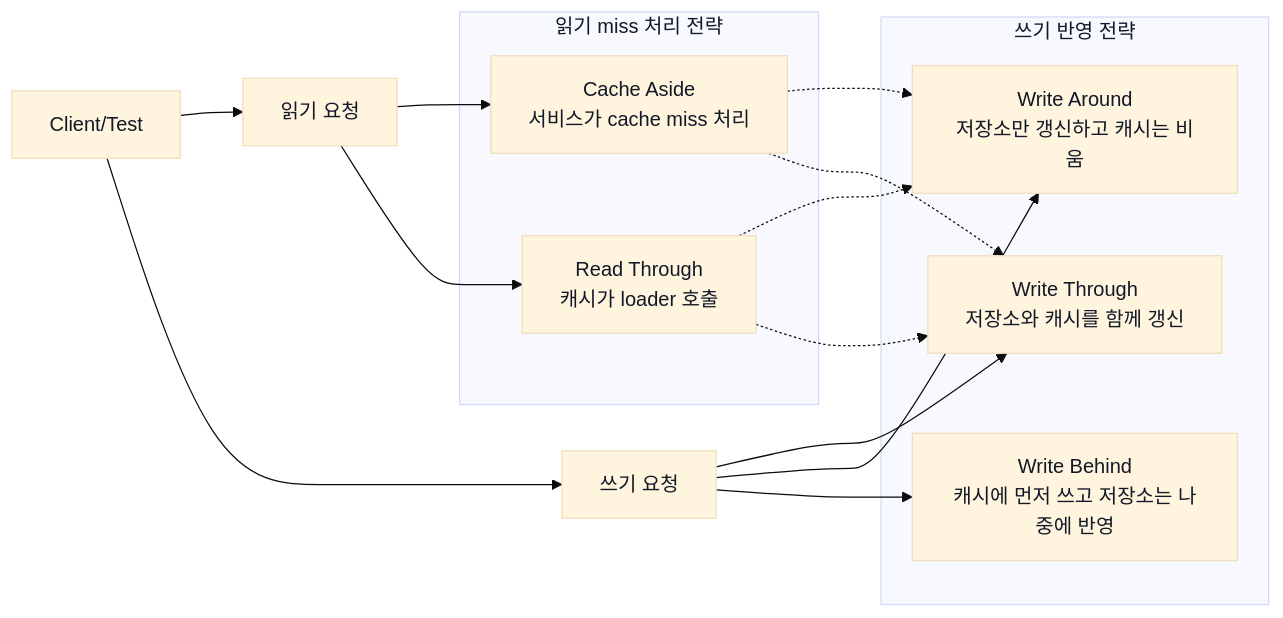
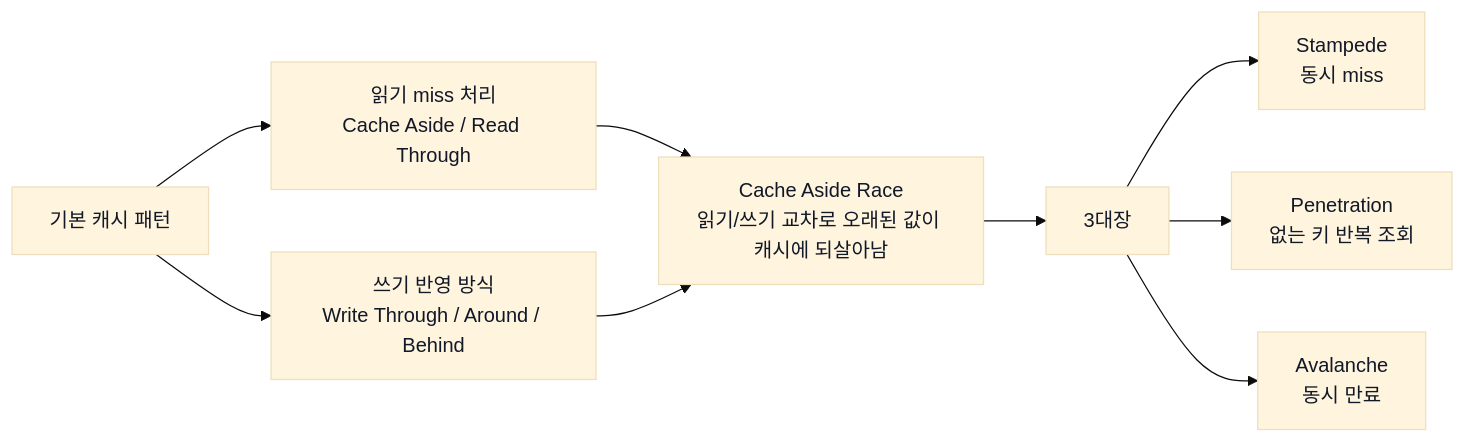
One commit to HJC96/deep-dive changed the first of 10 diagrams in labs/cache-patterns/README.md. Above: the diagram before and after it, drawn with Mermaid. The commit also changed other lines of this file and 15 other files, not shown here.

Commit message:
feat: README 업데이트 및 Cache Penetration, Cache Avalanche, Cache Stampede 관련 테스트 추가

````diff
--- a/labs/cache-patterns/README.md
+++ b/labs/cache-patterns/README.md
@@ -9,32 +11,21 @@
 ```mermaid
 %%{init: {"theme": "base", "themeVariables": {"primaryTextColor": "#111827", "secondaryTextColor": "#111827", "tertiaryTextColor": "#111827", "actorTextColor": "#111827", "signalTextColor": "#111827", "labelTextColor": "#111827", "noteTextColor": "#111827", "noteBkgColor": "#ffffff", "noteBorderColor": "#374151", "sequenceNumberColor": "#111827"}}}%%
 flowchart LR
-    Client["Client/Test"]
-    Read["읽기 요청"]
-    Write["쓰기 요청"]
+    Start["기본 캐시 패턴"]
+    Read["읽기 miss 처리<br/>Cache Aside / Read Through"]
+    Write["쓰기 반영 방식<br/>Write Through / Around / Behind"]
+    Race["Cache Aside Race<br/>읽기/쓰기 교차로 오래된 값이 캐시에 되살아남"]
+    Problems["3대장"]
+    Stampede["Stampede<br/>동시 miss"]
+    Penetration["Penetration<br/>없는 키 반복 조회"]
+    Avalanche["Avalanche<br/>동시 만료"]
 
-    Client --> Read
-    Client --> Write
-
-    subgraph ReadStrategy["읽기 miss 처리 전략"]
-        CacheAside["Cache Aside<br/>서비스가 cache miss 처리"]
-        ReadThrough["Read Through<br/>캐시가 loader 호출"]
-    end
-
-    subgraph WriteStrategy["쓰기 반영 전략"]
-        WriteThrough["Write Through<br/>저장소와 캐시를 함께 갱신"]
-        WriteAround["Write Around<br/>저장소만 갱신하고 캐시는 비움"]
-        WriteBehind["Write Behind<br/>캐시에 먼저 쓰고 저장소는 나중에 반영"]
-    end
-
-    Read --> CacheAside
-    Read --> ReadThrough
-    Write --> WriteThrough
-    Write --> WriteAround
-    Write --> WriteBehind
-
-    CacheAside -.-> WriteAround
-    CacheAside -.-> WriteThrough
-    ReadThrough -.-> WriteAround
-    ReadThrough -.-> WriteThrough
+    Start --> Read
+    Start --> Write
+    Read --> Race
+    Write --> Race
+    Race --> Problems
+    Problems --> Stampede
+    Problems --> Penetration
+    Problems --> Avalanche
 ```
````
